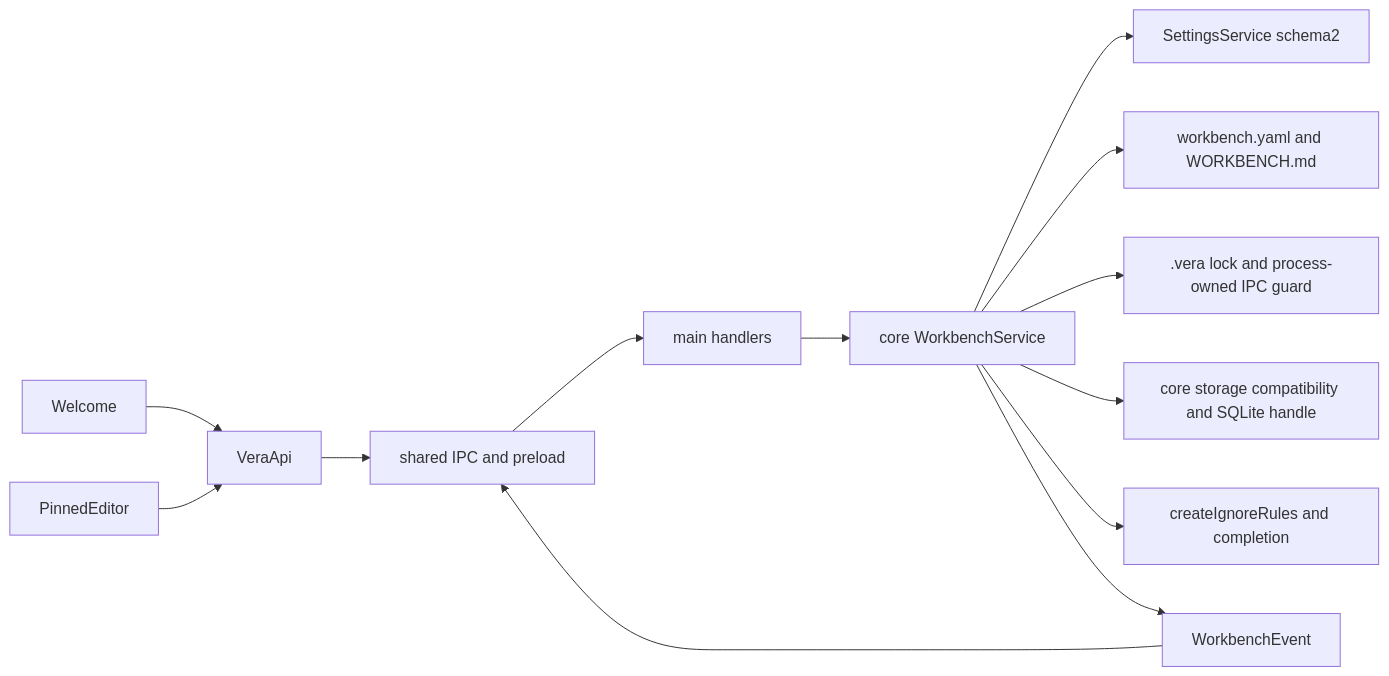
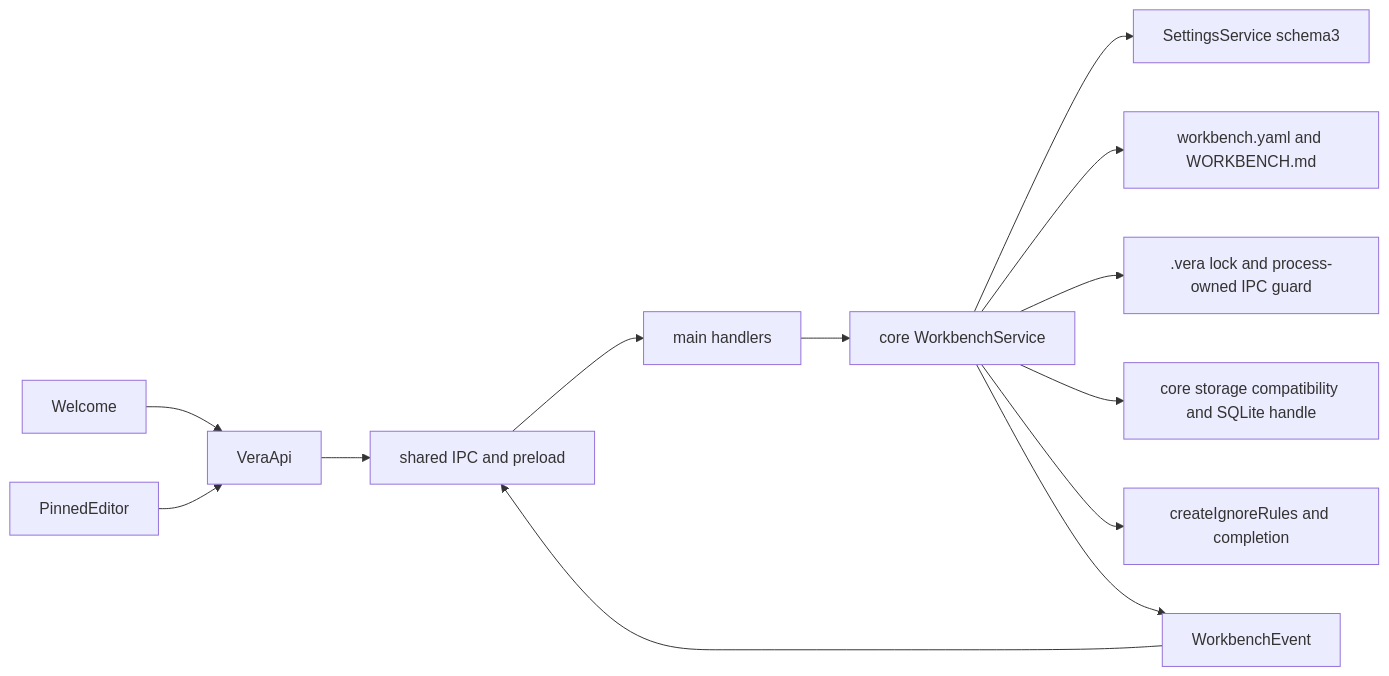
Before and after one commit to DDP-Engineering/2026_Virtual_Embedded_Rig_Assistant: the diagram in .agentic/knowledge/workbench.md, drawn with Mermaid. The commit also changed 51 other files, not shown here.

````diff
--- a/.agentic/knowledge/workbench.md
+++ b/.agentic/knowledge/workbench.md
@@ -88,15 +88,15 @@
 ```mermaid
 flowchart LR
   Welcome --> VeraApi
   PinnedEditor --> VeraApi
   VeraApi --> bridge[shared IPC and preload]
   bridge --> main[main handlers]
   main --> service[core WorkbenchService]
-  service --> settings[SettingsService schema2]
+  service --> settings[SettingsService schema3]
   service --> YAML[workbench.yaml and WORKBENCH.md]
   service --> lock[.vera lock and process-owned IPC guard]
   service --> storage[core storage compatibility and SQLite handle]
   service --> ignore[createIgnoreRules and completion]
   service --> events[WorkbenchEvent]
   events --> bridge
 ```
````
